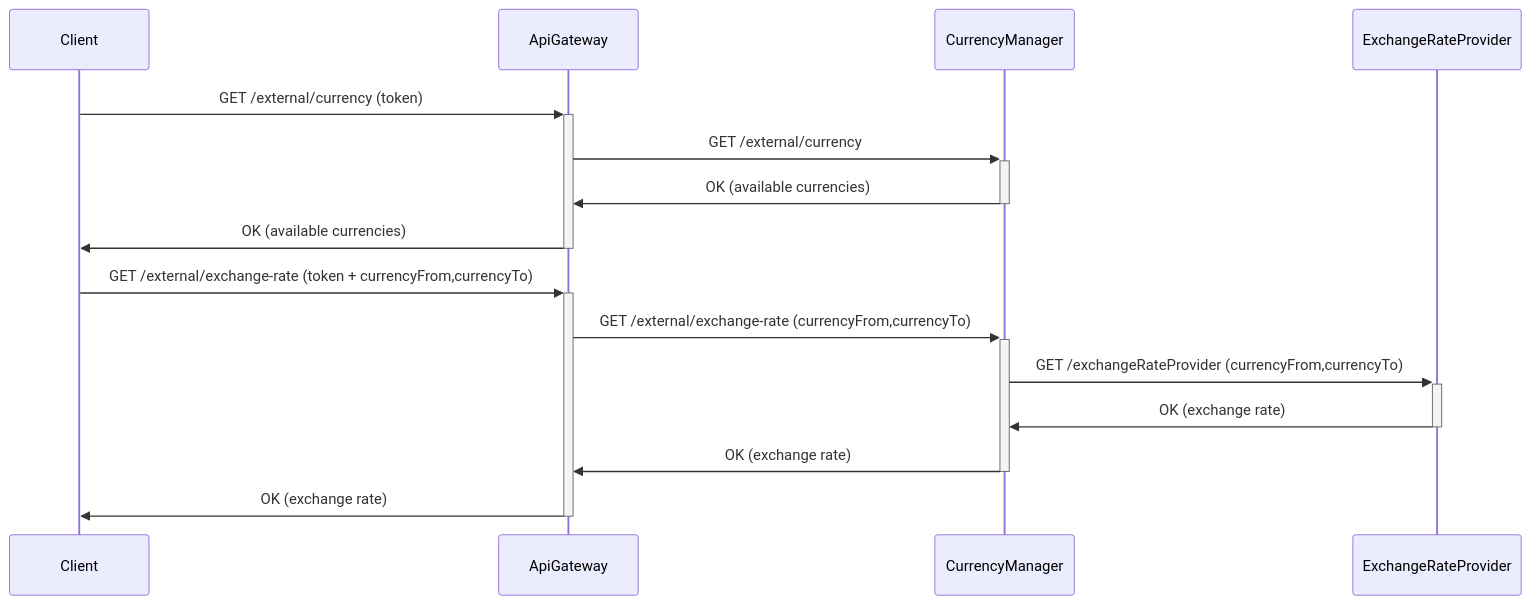
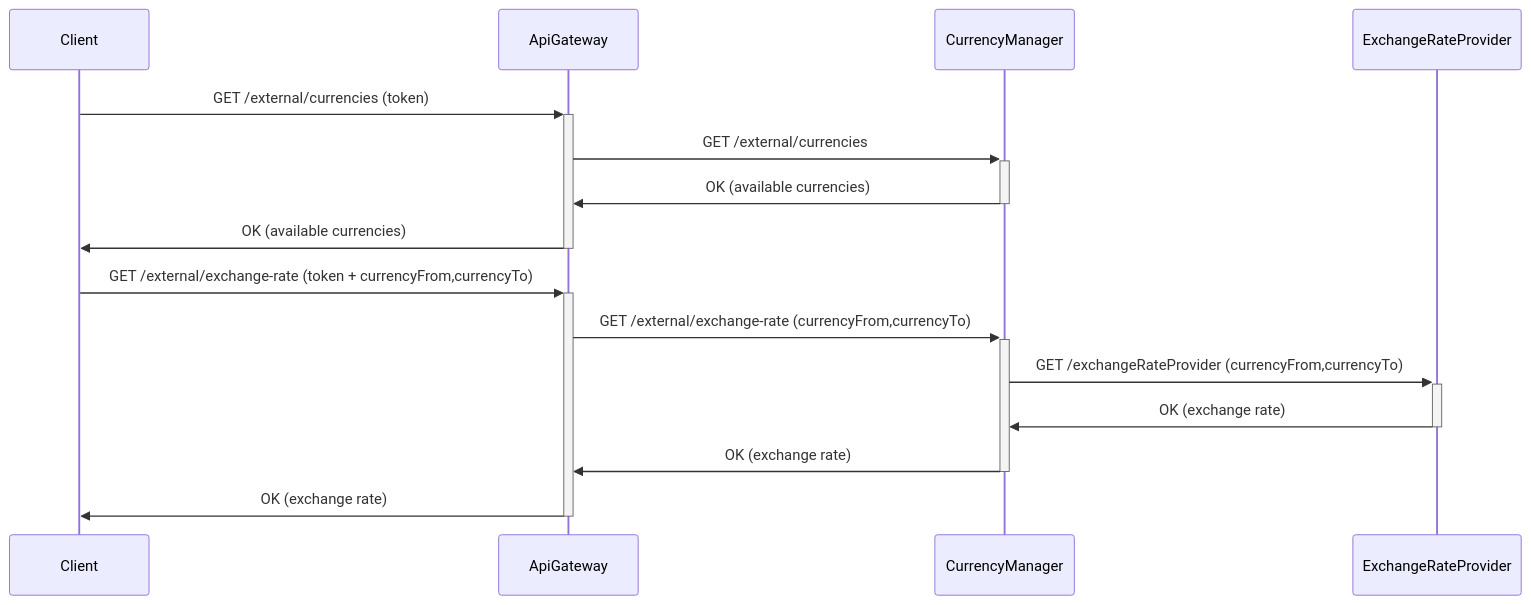
Before and after one commit to Group-Expense-Manager/gem-docs: the eighth of 10 diagrams in docs/diagrams.md, drawn with Mermaid. The commit also changed other lines of this file and 1 other file, not shown here.

Commit message:
added Expense Manager contract

````diff
--- a/docs/diagrams.md
+++ b/docs/diagrams.md
@@ -275,15 +275,15 @@
 ``` mermaid
  sequenceDiagram
 
-Client->>+ApiGateway: GET /external/currency (token)
-ApiGateway->>+CurrencyManager:  GET /external/currency
+Client->>+ApiGateway: GET /external/currencies (token)
+ApiGateway->>+CurrencyManager:  GET /external/currencies
 CurrencyManager->>-ApiGateway: OK (available currencies)
 ApiGateway->>-Client: OK (available currencies)
 
 Client->>+ApiGateway: GET /external/exchange-rate (token + currencyFrom,currencyTo)
 ApiGateway->>+CurrencyManager:  GET /external/exchange-rate (currencyFrom,currencyTo)
 CurrencyManager->>+ ExchangeRateProvider: GET /exchangeRateProvider (currencyFrom,currencyTo)
 ExchangeRateProvider->>-CurrencyManager: OK (exchange rate)
 CurrencyManager->>-ApiGateway: OK (exchange rate)
 ApiGateway->>-Client: OK (exchange rate)
 ```
````
